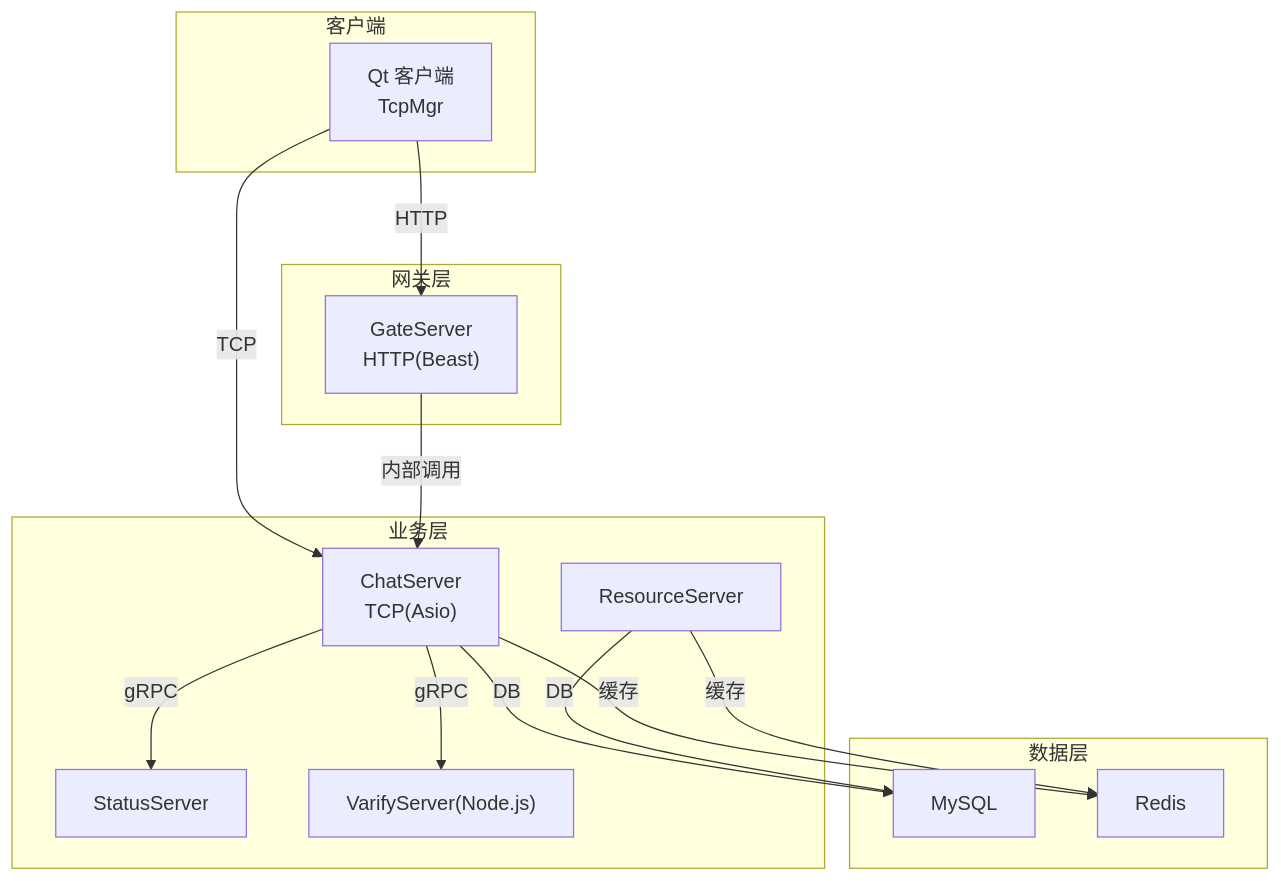
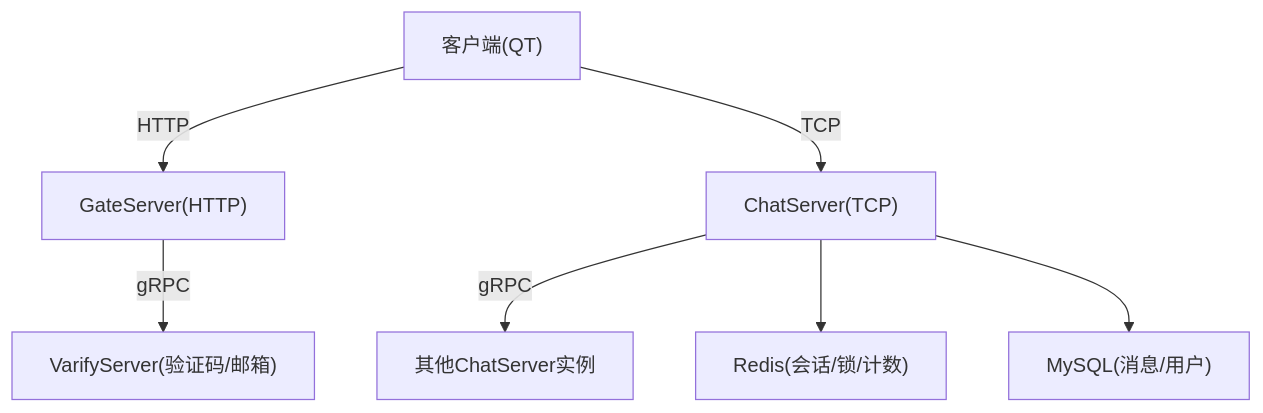
The first of 6 diagrams in .qoder/repowiki/zh/content/安全设计/网络安全防护/网络安全防护.md (echo9923/mychatter), drawn with Mermaid before and after one commit. The commit also changed other lines of this file and 526 other files, not shown here.

````diff
--- a/.qoder/repowiki/zh/content/安全设计/网络安全防护/网络安全防护.md
+++ b/.qoder/repowiki/zh/content/安全设计/网络安全防护/网络安全防护.md
@@ -50,28 +35,9 @@
 ```mermaid
 graph TB
-subgraph "客户端"
-QtClient["Qt 客户端<br/>TcpMgr"]
-end
-subgraph "网关层"
-Gate["GateServer<br/>HTTP(Beast)"]
-end
-subgraph "业务层"
-Chat["ChatServer<br/>TCP(Asio)"]
-Res["ResourceServer"]
-Status["StatusServer"]
-Verify["VarifyServer(Node.js)"]
-end
-subgraph "数据层"
-MySQL["MySQL"]
-Redis["Redis"]
-end
-QtClient --> |TCP| Chat
-QtClient --> |HTTP| Gate
-Gate --> |内部调用| Chat
-Chat --> |gRPC| Status
-Chat --> |gRPC| Verify
-Chat --> |DB| MySQL
-Chat --> |缓存| Redis
-Res --> |DB| MySQL
-Res --> |缓存| Redis
+Client["客户端(QT)"] --> |HTTP| Gate["GateServer(HTTP)"]
+Client --> |TCP| Chat["ChatServer(TCP)"]
+Gate --> |gRPC| Verify["VarifyServer(验证码/邮箱)"]
+Chat --> |gRPC| ChatPeer["其他ChatServer实例"]
+Chat --> Redis["Redis(会话/锁/计数)"]
+Chat --> MySQL["MySQL(消息/用户)"]
 ```
````
